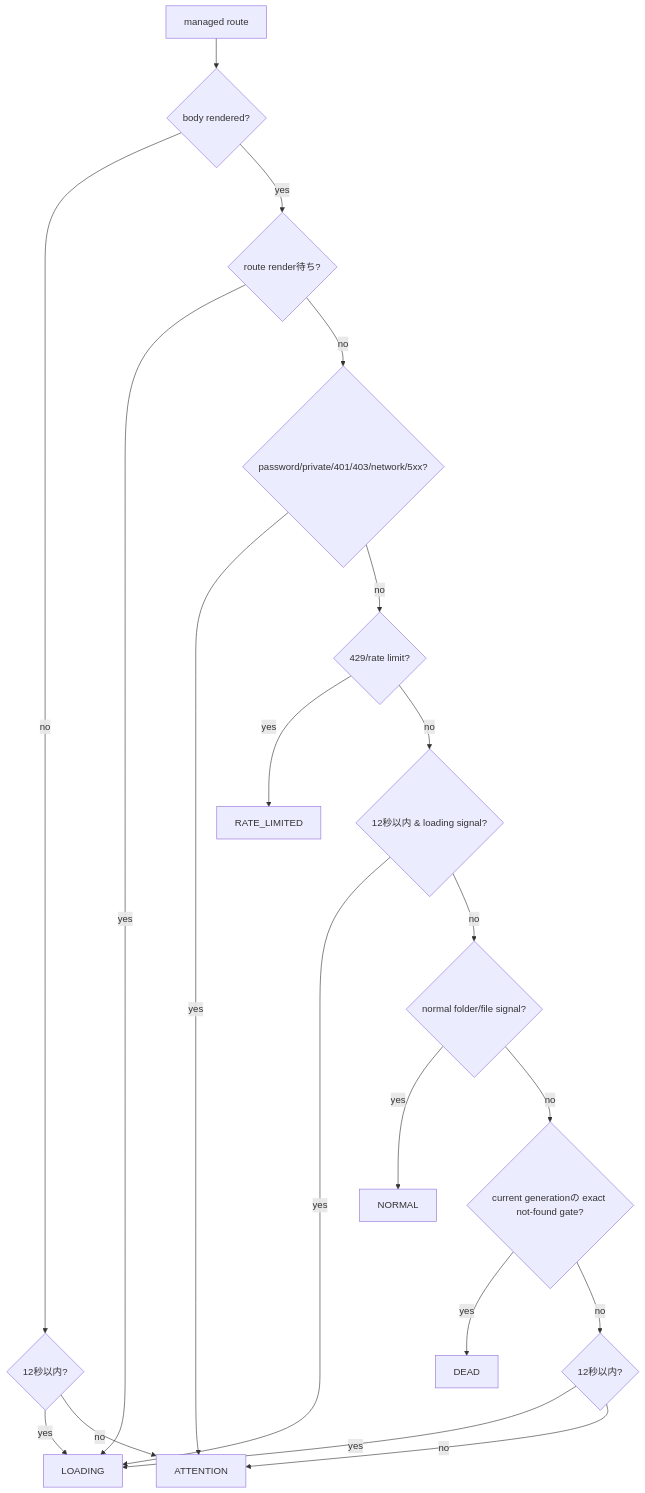
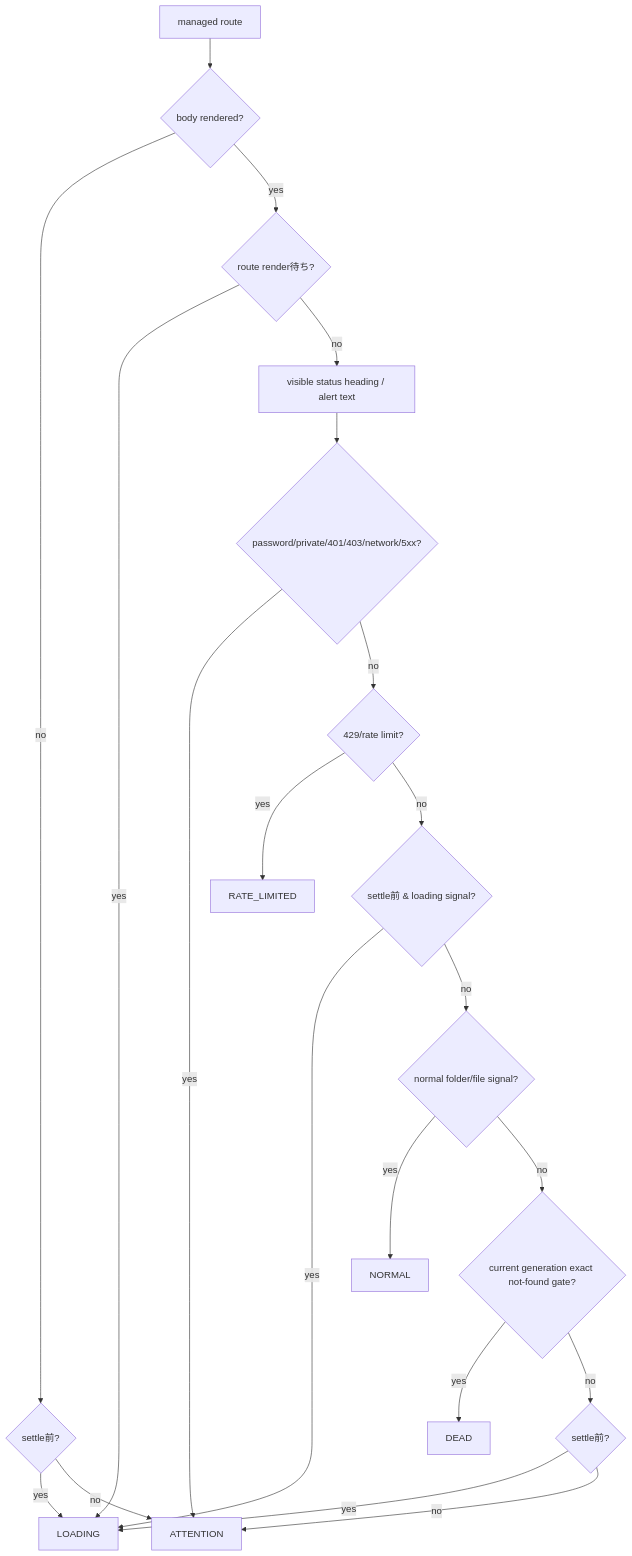
The second of 5 diagrams in docs/ARCHITECTURE.md (Hoyomaru/gofile-tab-manager), drawn with Mermaid before and after one commit. The commit also changed other lines of this file and 8 other files, not shown here.

````diff
--- a/docs/ARCHITECTURE.md
+++ b/docs/ARCHITECTURE.md
@@ -113,22 +133,23 @@
 ```mermaid
 flowchart TD
     Start[managed route] --> Body{body rendered?}
-    Body -- no --> Settle{12秒以内?}
+    Body -- no --> Settle{settle前?}
     Settle -- yes --> Loading[LOADING]
     Settle -- no --> Attention[ATTENTION]
     Body -- yes --> Fresh{route render待ち?}
     Fresh -- yes --> Loading
-    Fresh -- no --> NonDead{password/private/401/403/network/5xx?}
+    Fresh -- no --> Status[visible status heading / alert text]
+    Status --> NonDead{password/private/401/403/network/5xx?}
     NonDead -- yes --> Attention
     NonDead -- no --> Rate{429/rate limit?}
     Rate -- yes --> Limited[RATE_LIMITED]
-    Rate -- no --> Spinner{12秒以内 & loading signal?}
+    Rate -- no --> Spinner{settle前 & loading signal?}
     Spinner -- yes --> Loading
     Spinner -- no --> Normal{normal folder/file signal?}
     Normal -- yes --> NormalState[NORMAL]
-    Normal -- no --> Dead{current generationの exact not-found gate?}
+    Normal -- no --> Dead{current generation exact not-found gate?}
     Dead -- yes --> DeadState[DEAD]
-    Dead -- no --> Remaining{12秒以内?}
+    Dead -- no --> Remaining{settle前?}
     Remaining -- yes --> Loading
     Remaining -- no --> Attention
 ```
````
